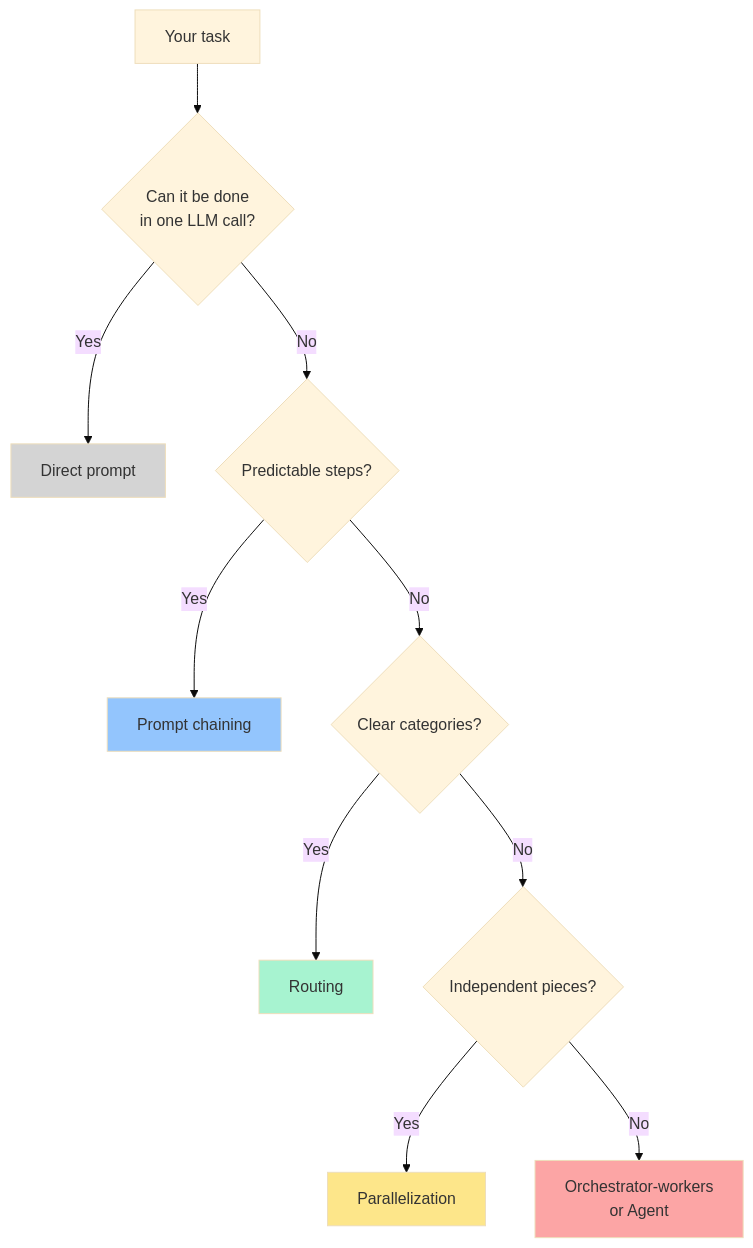
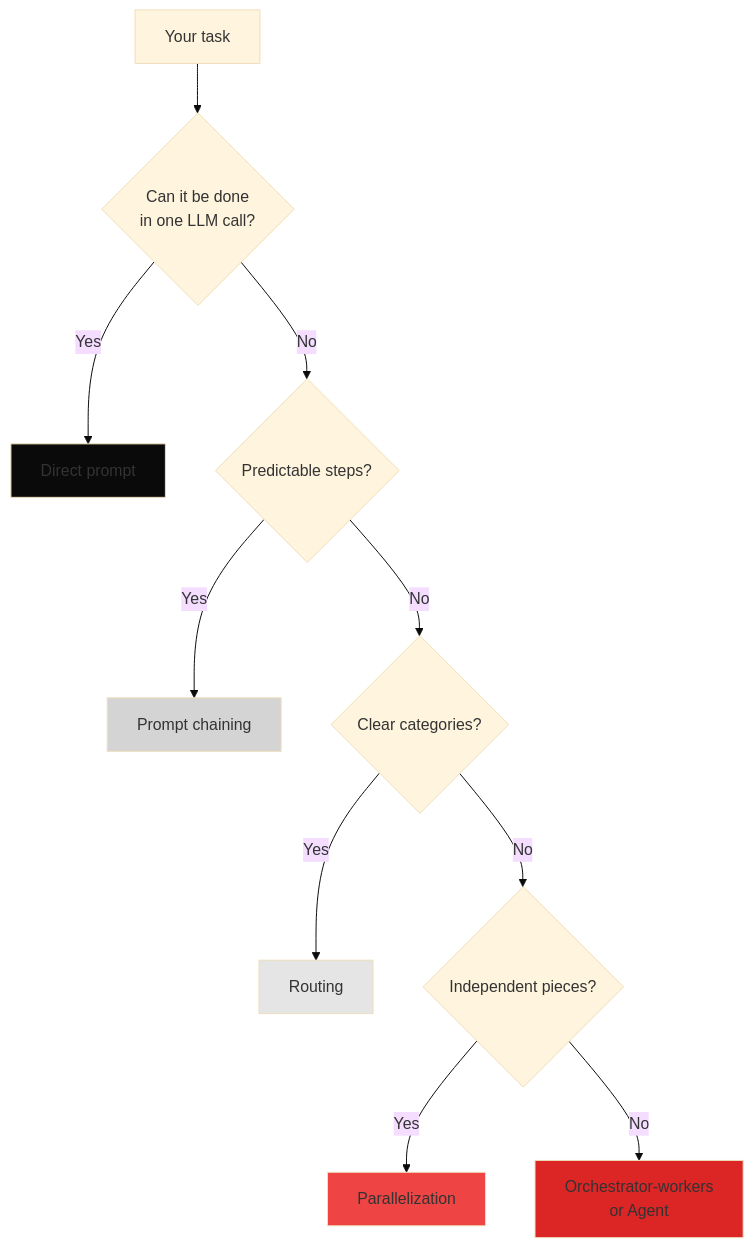
One commit to Isfhan/learn-agentic-coding changed the first of 2 diagrams in steps/17-advanced-patterns.md. Above: the diagram before and after it, drawn with Mermaid (base theme). The commit also changed 33 other files, not shown here.

````diff
--- a/steps/17-advanced-patterns.md
+++ b/steps/17-advanced-patterns.md
@@ -21,18 +21,18 @@
 ```mermaid
 flowchart TD
     A[Your task] --> Q1{Can it be done<br/>in one LLM call?}
     Q1 -->|Yes| P0[Direct prompt]
     Q1 -->|No| Q2{Predictable steps?}
     Q2 -->|Yes| P1[Prompt chaining]
     Q2 -->|No| Q3{Clear categories?}
     Q3 -->|Yes| P2[Routing]
     Q3 -->|No| Q4{Independent pieces?}
     Q4 -->|Yes| P3[Parallelization]
     Q4 -->|No| P4[Orchestrator-workers<br/>or Agent]
 
-    style P0 fill:#d4d4d4
-    style P1 fill:#93c5fd
-    style P2 fill:#a7f3d0
-    style P3 fill:#fde68a
-    style P4 fill:#fca5a5
+    style P0 fill:#0A0A0A
+    style P1 fill:#D4D4D4
+    style P2 fill:#E5E5E5
+    style P3 fill:#EF4444
+    style P4 fill:#DC2626
 ```
````
